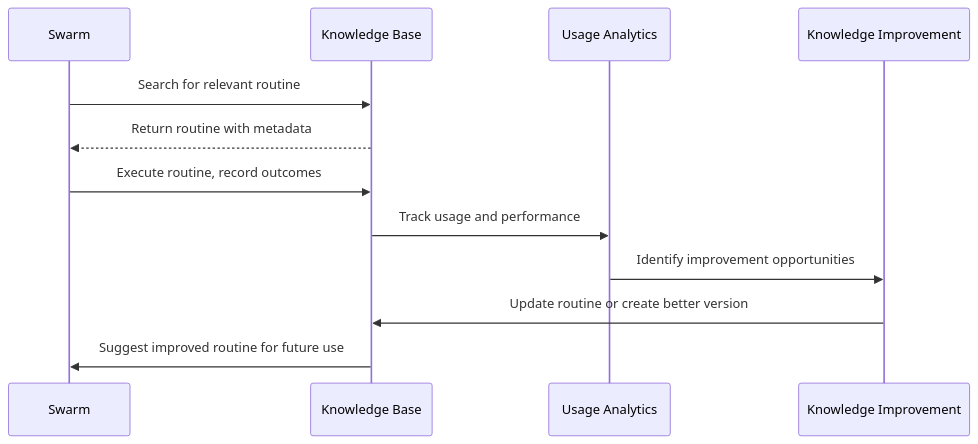
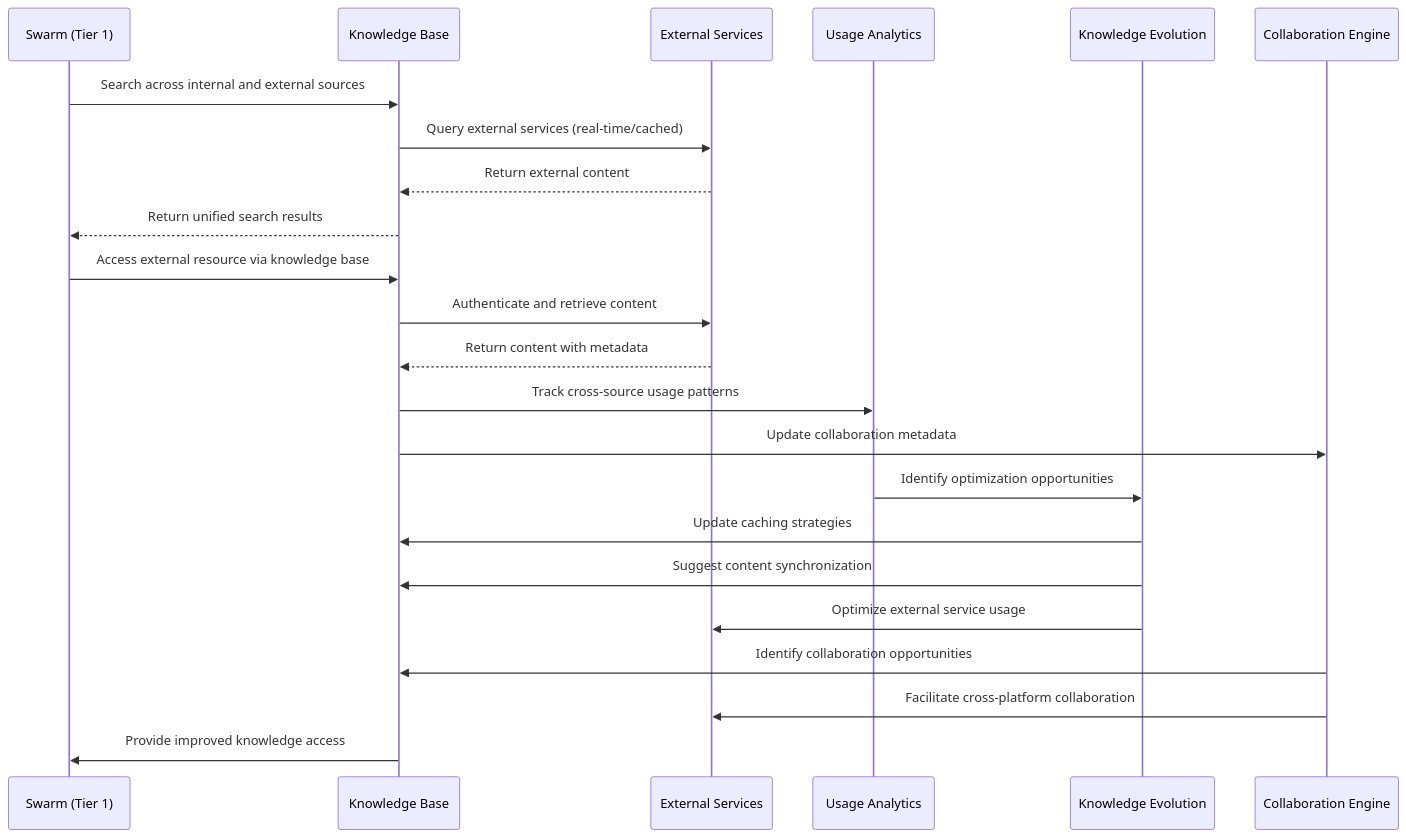
The third of 3 diagrams in docs/architecture/execution/knowledge-base/README.md (Vrooli/Vrooli), drawn with Mermaid before and after one commit. The commit also changed other lines of this file and 10 other files, not shown here.

````diff
--- a/docs/architecture/execution/knowledge-base/README.md
+++ b/docs/architecture/execution/knowledge-base/README.md
@@ -215,15 +564,30 @@
 ```mermaid
 sequenceDiagram
-    participant Swarm as Swarm
+    participant Swarm as Swarm (Tier 1)
     participant KB as Knowledge Base
+    participant External as External Services
     participant Analytics as Usage Analytics
-    participant Improvement as Knowledge Improvement
+    participant Evolution as Knowledge Evolution
+    participant Collab as Collaboration Engine
 
-    Swarm->>KB: Search for relevant routine
-    KB-->>Swarm: Return routine with metadata
-    Swarm->>KB: Execute routine, record outcomes
-    KB->>Analytics: Track usage and performance
-    Analytics->>Improvement: Identify improvement opportunities
-    Improvement->>KB: Update routine or create better version
-    KB->>Swarm: Suggest improved routine for future use
+    Swarm->>KB: Search across internal and external sources
+    KB->>External: Query external services (real-time/cached)
+    External-->>KB: Return external content
+    KB-->>Swarm: Return unified search results
+    
+    Swarm->>KB: Access external resource via knowledge base
+    KB->>External: Authenticate and retrieve content
+    External-->>KB: Return content with metadata
+    KB->>Analytics: Track cross-source usage patterns
+    KB->>Collab: Update collaboration metadata
+    
+    Analytics->>Evolution: Identify optimization opportunities
+    Evolution->>KB: Update caching strategies
+    Evolution->>KB: Suggest content synchronization
+    Evolution->>External: Optimize external service usage
+    
+    Collab->>KB: Identify collaboration opportunities
+    Collab->>External: Facilitate cross-platform collaboration
+    
+    KB->>Swarm: Provide improved knowledge access
 ```
````
